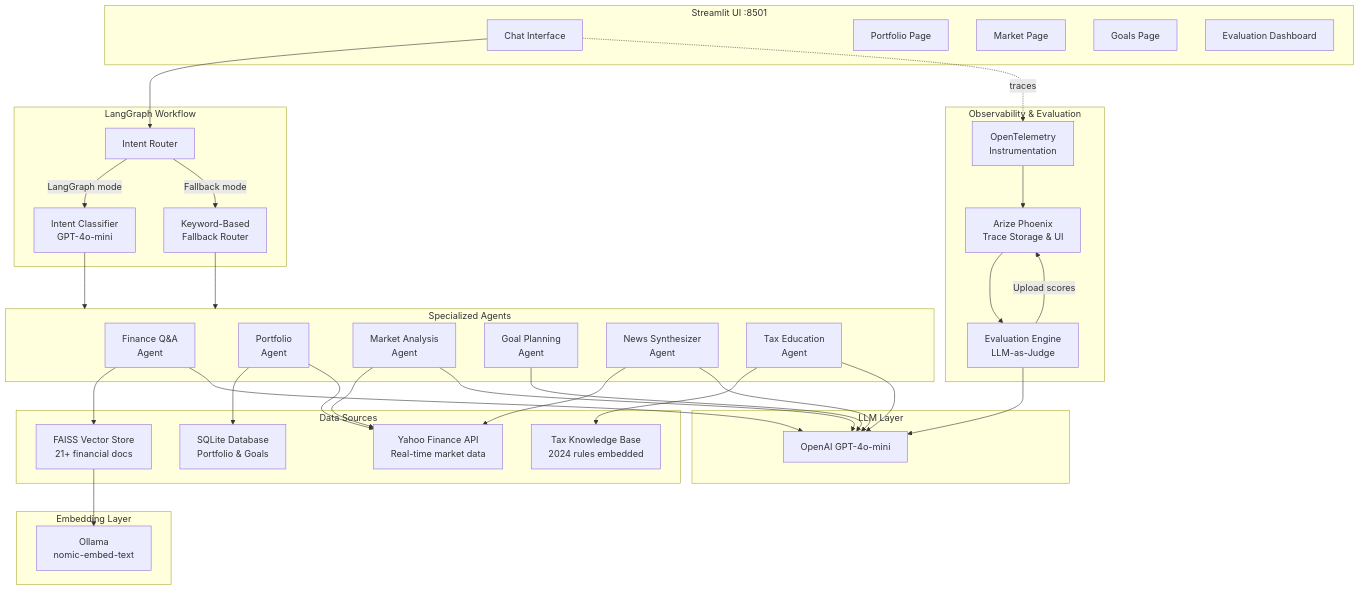
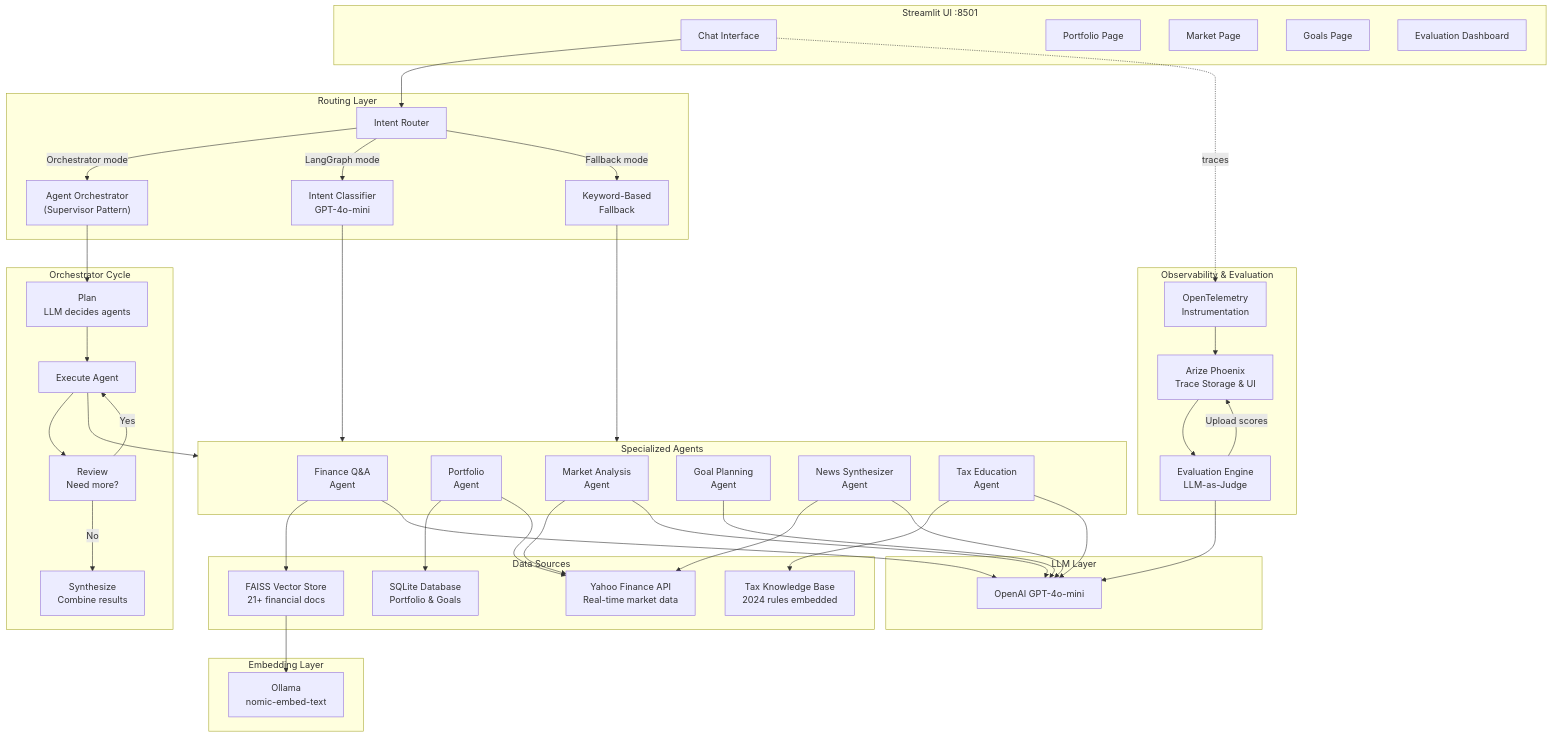
Before and after one commit to ruqianq/ik-capstone-finnie: the first of 5 diagrams in README.md, drawn with Mermaid. The commit also changed other lines of this file and 6 other files, not shown here.

First line of the commit message:
Implement multi-agent orchestrator with supervisor pattern

```diff
--- a/README.md
+++ b/README.md
@@ -27,12 +27,24 @@
         P4["Evaluation Dashboard"]
     end
 
-    subgraph Orchestration["LangGraph Workflow"]
+    subgraph Routing["Routing Layer"]
         Router["Intent Router"]
+        ORCH["Agent Orchestrator<br/>(Supervisor Pattern)"]
         IC["Intent Classifier<br/>GPT-4o-mini"]
-        KB_R["Keyword-Based<br/>Fallback Router"]
+        KB_R["Keyword-Based<br/>Fallback"]
+        Router -->|Orchestrator mode| ORCH
         Router -->|LangGraph mode| IC
         Router -->|Fallback mode| KB_R
+    end
+
+    subgraph OrchestratorLoop["Orchestrator Cycle"]
+        PLAN["Plan<br/>LLM decides agents"]
+        EXEC["Execute Agent"]
+        REV["Review<br/>Need more?"]
+        SYNTH["Synthesize<br/>Combine results"]
+        PLAN --> EXEC --> REV
+        REV -->|Yes| EXEC
+        REV -->|No| SYNTH
     end
 
     subgraph Agents["Specialized Agents"]
@@ -66,6 +78,8 @@
     end
 
     Main --> Router
+    ORCH --> PLAN
+    EXEC --> Agents
     IC --> Agents
     KB_R --> Agents
 
```
